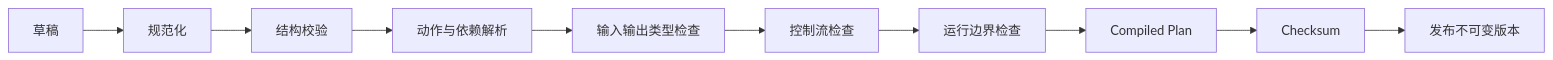
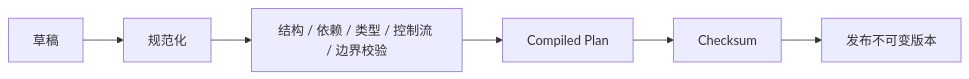
The third of 3 diagrams in docs/visual-workflow-engine-design.md (xy459/auto-x), drawn with Mermaid before and after one commit. The commit also changed other lines of this file and 96 other files, not shown here.

````diff
--- a/docs/visual-workflow-engine-design.md
+++ b/docs/visual-workflow-engine-design.md
@@ -603,12 +159,8 @@
-~~~mermaid
+```mermaid
 flowchart LR
     Draft["草稿"] --> Normalize["规范化"]
-    Normalize --> Structure["结构校验"]
-    Structure --> Resolve["动作与依赖解析"]
-    Resolve --> Types["输入输出类型检查"]
-    Types --> Control["控制流检查"]
-    Control --> Bounds["运行边界检查"]
-    Bounds --> Plan["Compiled Plan"]
+    Normalize --> Validate["结构 / 依赖 / 类型 / 控制流 / 边界校验"]
+    Validate --> Plan["Compiled Plan"]
     Plan --> Hash["Checksum"]
     Hash --> Publish["发布不可变版本"]
-~~~
+```
````
